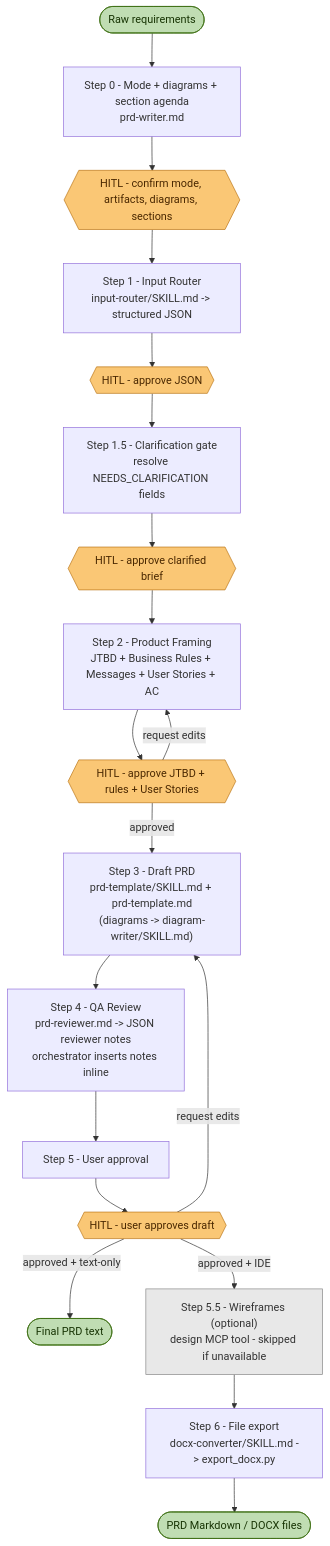
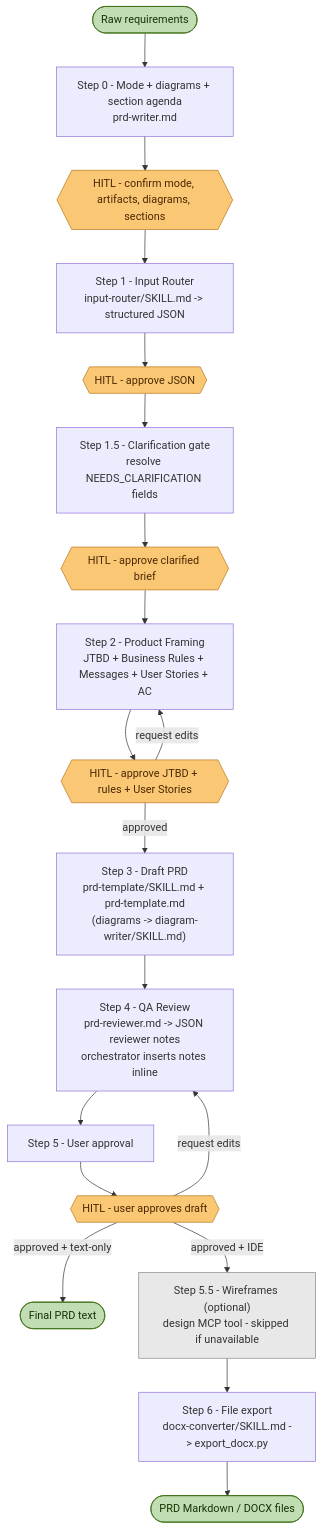
Before and after one commit to Tuon-Tun/PRD_Vexere: the diagram in README.md, drawn with Mermaid. The commit also changed other lines of this file and 10 other files, not shown here.

````diff
--- a/README.md
+++ b/README.md
@@ -124,50 +124,50 @@
 ```mermaid
 flowchart TD
     A([Raw requirements]) --> S0
 
     S0["Step 0 - Mode + diagrams + section agenda\nprd-writer.md"]
     S0 --> H0{{"HITL - confirm mode, artifacts, diagrams, sections"}}
     H0 --> S1
 
     S1["Step 1 - Input Router\ninput-router/SKILL.md -> structured JSON"]
     S1 --> H1{{"HITL - approve JSON"}}
     H1 --> S15
 
     S15["Step 1.5 - Clarification gate\nresolve NEEDS_CLARIFICATION fields"]
     S15 --> H15{{"HITL - approve clarified brief"}}
     H15 --> S2
 
     S2["Step 2 - Product Framing\nJTBD + Business Rules + Messages + User Stories + AC"]
     S2 --> H2{{"HITL - approve JTBD + rules + User Stories"}}
     H2 -->|"request edits"| S2
     H2 -->|"approved"| S3
 
     S3["Step 3 - Draft PRD\nprd-template/SKILL.md + prd-template.md\n(diagrams -> diagram-writer/SKILL.md)"]
     S3 --> S4
 
     S4["Step 4 - QA Review\nprd-reviewer.md -> JSON reviewer notes\norchestrator inserts notes inline"]
     S4 --> S5
 
     S5["Step 5 - User approval"]
     S5 --> H5
     H5{{"HITL - user approves draft"}}
-    H5 -->|"request edits"| S3
+    H5 -->|"request edits"| S4
     H5 -->|"approved + text-only"| ZT([Final PRD text])
     H5 -->|"approved + IDE"| S55
 
     S55["Step 5.5 - Wireframes (optional)\ndesign MCP tool - skipped if unavailable"]
     S55 --> S6
 
     S6["Step 6 - File export\ndocx-converter/SKILL.md -> export_docx.py"]
     S6 --> ZF([PRD Markdown / DOCX files])
 
     style H0 fill:#FAC775,stroke:#BA7517,color:#4A2800
     style H1 fill:#FAC775,stroke:#BA7517,color:#4A2800
     style H15 fill:#FAC775,stroke:#BA7517,color:#4A2800
     style H2 fill:#FAC775,stroke:#BA7517,color:#4A2800
     style H5 fill:#FAC775,stroke:#BA7517,color:#4A2800
     style S55 fill:#E8E8E8,stroke:#888,color:#333
     style A fill:#C0DDB3,stroke:#3B6D11,color:#173404
     style ZT fill:#C0DDB3,stroke:#3B6D11,color:#173404
     style ZF fill:#C0DDB3,stroke:#3B6D11,color:#173404
 ```
````
